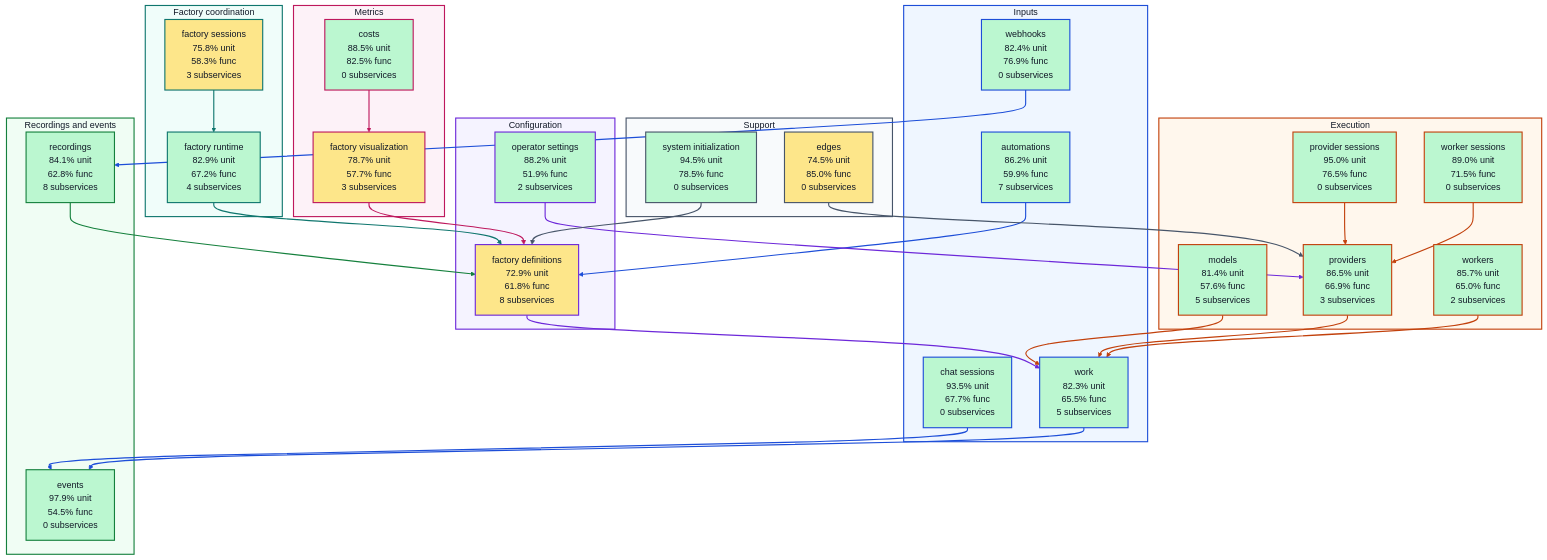
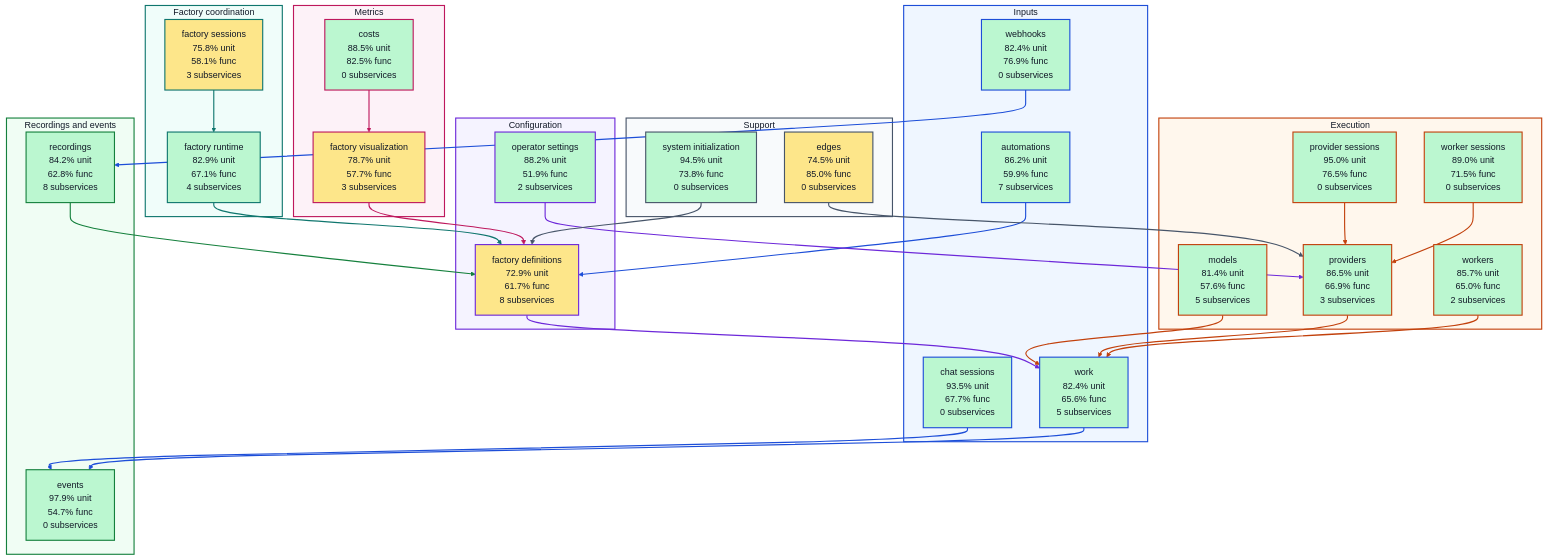
Before and after one commit to portpowered/you-agent-factory: the diagram in docs/architecture/visualizations/high-level-test-coverage.md, drawn with Mermaid. The commit also changed other lines of this file and 20 other files, not shown here.

Commit message:
docs: refresh backend architecture visualizations

```diff
--- a/docs/architecture/visualizations/high-level-test-coverage.md
+++ b/docs/architecture/visualizations/high-level-test-coverage.md
@@ -14,15 +14,15 @@
     s_services_automations["automations<br/>86.2% unit<br/>59.9% func<br/>7 subservices"]
     s_services_chat_sessions["chat sessions<br/>93.5% unit<br/>67.7% func<br/>0 subservices"]
     s_services_webhooks["webhooks<br/>82.4% unit<br/>76.9% func<br/>0 subservices"]
-    s_services_work["work<br/>82.3% unit<br/>65.5% func<br/>5 subservices"]
+    s_services_work["work<br/>82.4% unit<br/>65.6% func<br/>5 subservices"]
   end
   subgraph configuration["Configuration"]
-    s_services_factory_definitions["factory definitions<br/>72.9% unit<br/>61.8% func<br/>8 subservices"]
+    s_services_factory_definitions["factory definitions<br/>72.9% unit<br/>61.7% func<br/>8 subservices"]
     s_services_operator_settings["operator settings<br/>88.2% unit<br/>51.9% func<br/>2 subservices"]
   end
   subgraph coordination["Factory coordination"]
-    s_services_factory_runtime["factory runtime<br/>82.9% unit<br/>67.2% func<br/>4 subservices"]
-    s_services_factory_sessions["factory sessions<br/>75.8% unit<br/>58.3% func<br/>3 subservices"]
+    s_services_factory_runtime["factory runtime<br/>82.9% unit<br/>67.1% func<br/>4 subservices"]
+    s_services_factory_sessions["factory sessions<br/>75.8% unit<br/>58.1% func<br/>3 subservices"]
   end
   subgraph execution["Execution"]
     s_services_models["models<br/>81.4% unit<br/>57.6% func<br/>5 subservices"]
@@ -32,8 +32,8 @@
     s_services_workers["workers<br/>85.7% unit<br/>65.0% func<br/>2 subservices"]
   end
   subgraph recordings["Recordings and events"]
-    s_services_events["events<br/>97.9% unit<br/>54.5% func<br/>0 subservices"]
-    s_services_recordings["recordings<br/>84.1% unit<br/>62.8% func<br/>8 subservices"]
+    s_services_events["events<br/>97.9% unit<br/>54.7% func<br/>0 subservices"]
+    s_services_recordings["recordings<br/>84.2% unit<br/>62.8% func<br/>8 subservices"]
   end
   subgraph metrics["Metrics"]
     s_services_costs["costs<br/>88.5% unit<br/>82.5% func<br/>0 subservices"]
@@ -41,7 +41,7 @@
   end
   subgraph support["Support"]
     s_services_edges["edges<br/>74.5% unit<br/>85.0% func<br/>0 subservices"]
-    s_services_system_initialization["system initialization<br/>94.5% unit<br/>78.5% func<br/>0 subservices"]
+    s_services_system_initialization["system initialization<br/>94.5% unit<br/>73.8% func<br/>0 subservices"]
   end
   s_services_automations --> s_services_factory_definitions
   s_services_chat_sessions --> s_services_events
```
